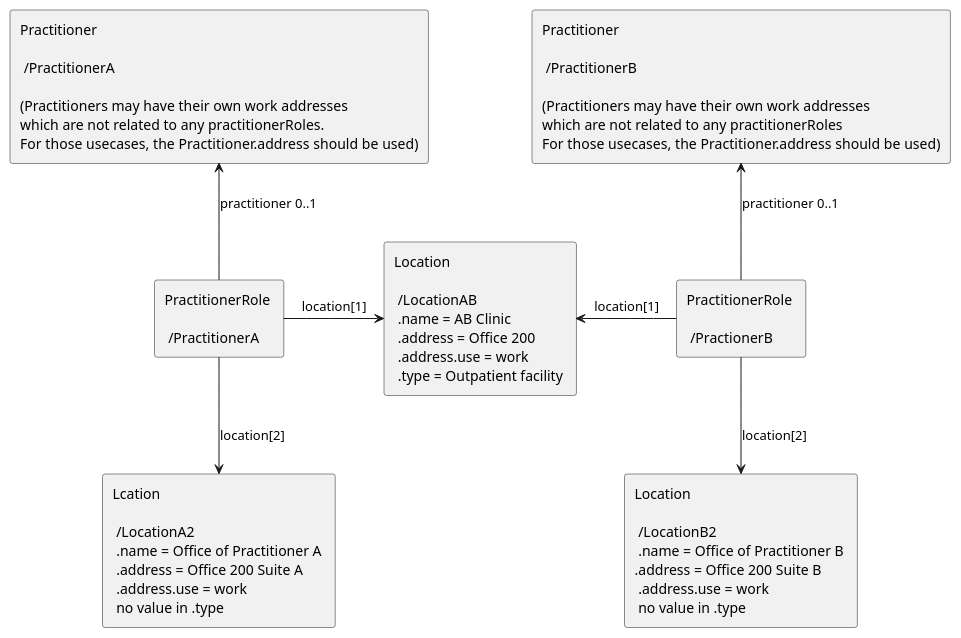
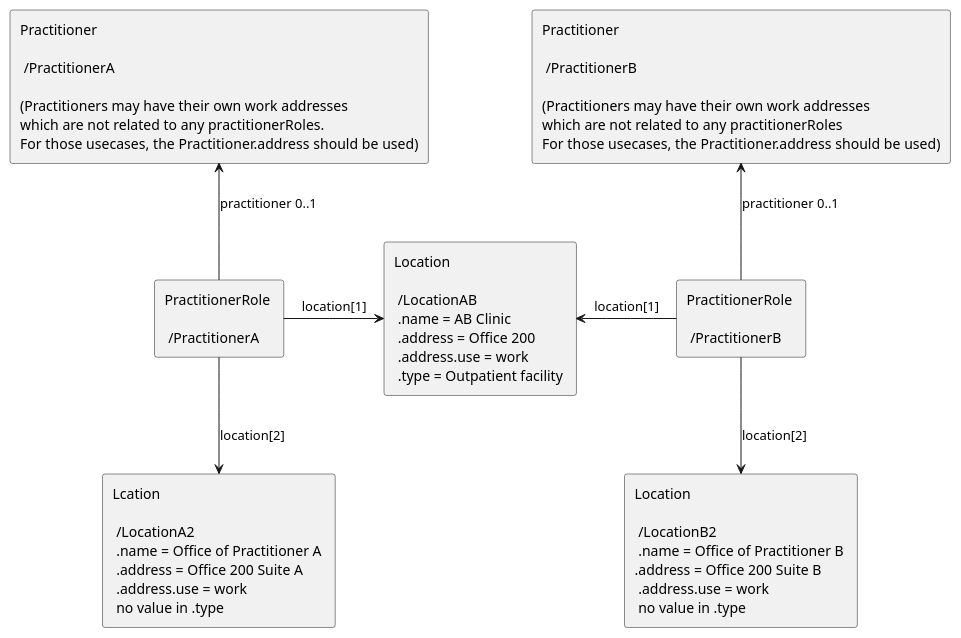
One commit to HL7/fhir-us-ndh changed the diagram in input/images-source/PractitionerRolePractitioner2Address.plantuml. Above: the diagram before and after it, drawn with PlantUML. The commit also changed 13 other files, not shown here.

```diff
--- a/input/images-source/PractitionerRolePractitioner2Address.plantuml
+++ b/input/images-source/PractitionerRolePractitioner2Address.plantuml
@@ -1,18 +1,18 @@
 @startuml
 agent "PractitionerRole \n\n /PractitionerA" as practitionerRole1
-agent "PractitionerRole \n\n /PractionerB" as practitionerRole2
+agent "PractitionerRole \n\n /PractitionerB" as practitionerRole2
 agent "Practitioner \n\n /PractitionerA \n\n(Practitioners may have their own work addresses \nwhich are not related to any practitionerRoles. \nFor those usecases, the Practitioner.address should be used)" as practitionerA
 agent "Location \n\n /LocationAB \n .name = AB Clinic \n .address = Office 200 \n .address.use = work \n .type = Outpatient facility " as locationAB1
 agent "Lcation \n\n /LocationA2 \n .name = Office of Practitioner A \n .address = Office 200 Suite A \n .address.use = work \n no value in .type" as locationA2
 agent "Practitioner \n\n /PractitionerB \n\n(Practitioners may have their own work addresses \nwhich are not related to any practitionerRoles \nFor those usecases, the Practitioner.address should be used)" as practitionerB
 agent "Location \n\n /LocationB2 \n .name = Office of Practitioner B \n.address = Office 200 Suite B \n .address.use = work \n no value in .type" as locationB2
 
 practitionerRole1 -up-> practitionerA: "practitioner 0..1"
 practitionerRole1 -right-> locationAB1: "location[1]"
 practitionerRole1 -down-> locationA2: "location[2]"
 practitionerRole2 -up-> practitionerB: "practitioner 0..1"
 practitionerRole2 -left-> locationAB1: "location[1]"
 practitionerRole2 -down-> locationB2: "location[2]"
 
 
 @enduml
```
